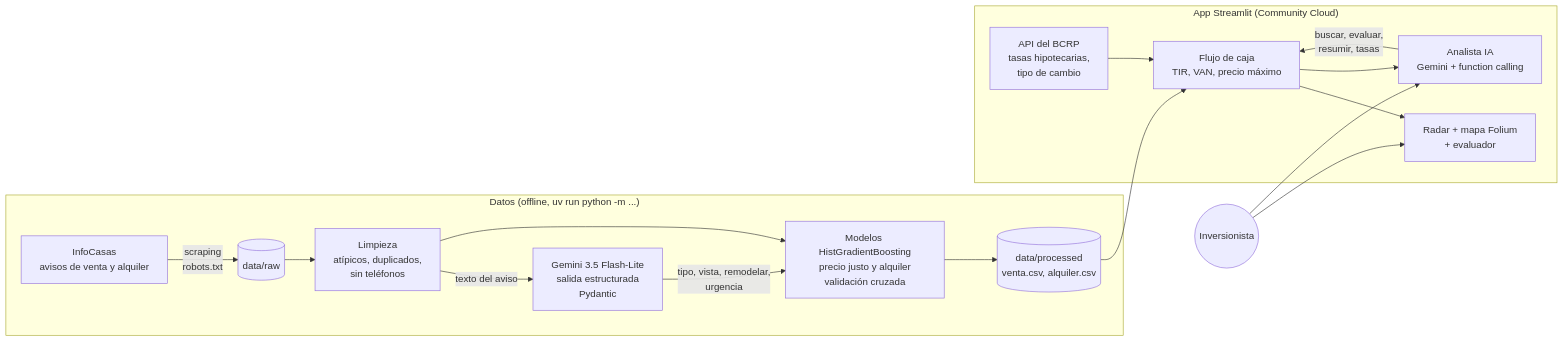
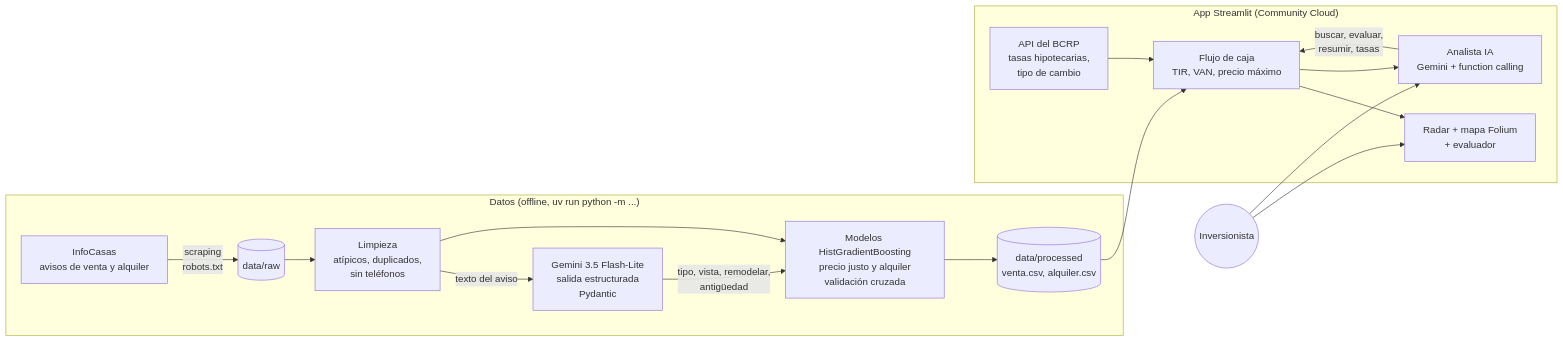
The diagram in README.md (LuisFelipeAbriojo/DepaRadar), drawn with Mermaid before and after one commit. The commit also changed other lines of this file, not shown here.

````diff
--- a/README.md
+++ b/README.md
@@ -98,20 +100,20 @@
 ```mermaid
 flowchart LR
     subgraph Datos["Datos (offline, uv run python -m ...)"]
         IC[InfoCasas<br/>avisos de venta y alquiler] -->|scraping<br/>robots.txt| RAW[(data/raw)]
         RAW --> LIM[Limpieza<br/>atípicos, duplicados,<br/>sin teléfonos]
         LIM -->|texto del aviso| GEM1[Gemini 3.5 Flash-Lite<br/>salida estructurada<br/>Pydantic]
-        GEM1 -->|tipo, vista, remodelar,<br/>urgencia| ML
+        GEM1 -->|tipo, vista, remodelar,<br/>antigüedad| ML
         LIM --> ML[Modelos HistGradientBoosting<br/>precio justo y alquiler<br/>validación cruzada]
         ML --> PROC[(data/processed<br/>venta.csv, alquiler.csv)]
     end
     subgraph App["App Streamlit (Community Cloud)"]
         BCRP[API del BCRP<br/>tasas hipotecarias,<br/>tipo de cambio] --> FIN
         PROC --> FIN[Flujo de caja<br/>TIR, VAN, precio máximo]
         FIN --> UI[Radar + mapa Folium<br/>+ evaluador]
         FIN --> AG[Analista IA<br/>Gemini + function calling]
         AG -->|buscar, evaluar,<br/>resumir, tasas| FIN
     end
     U((Inversionista)) --> UI
     U --> AG
 ```
````
